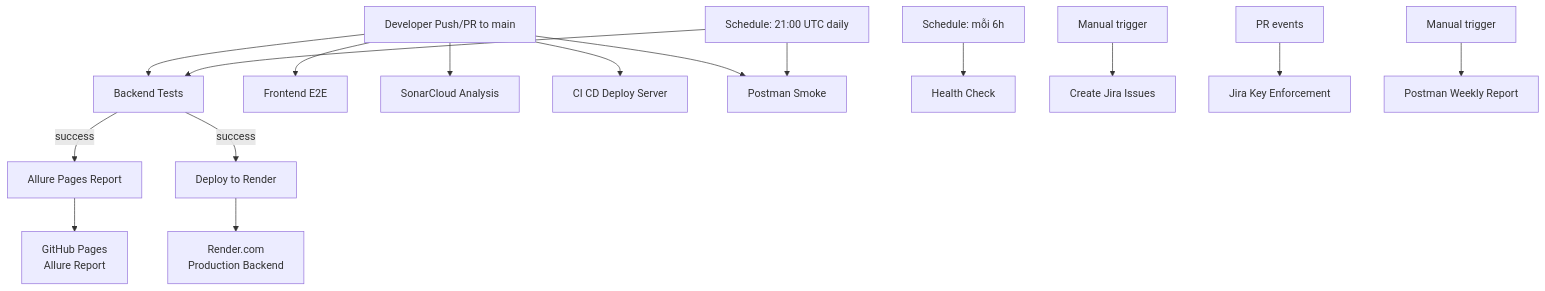
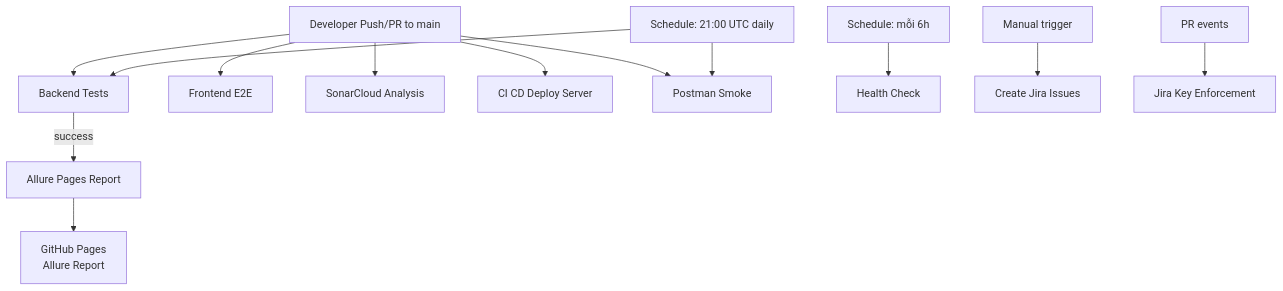
Before and after one commit to chi-trung/KCPM: the diagram in docs/CI_CD_WORKFLOWS.md, drawn with Mermaid. The commit also changed other lines of this file and 13 other files, not shown here.

````diff
--- a/docs/CI_CD_WORKFLOWS.md
+++ b/docs/CI_CD_WORKFLOWS.md
@@ -12,22 +12,19 @@
 ```mermaid
 graph TD
     A[Developer Push/PR to main] --> B[Backend Tests]
     A --> C[Frontend E2E]
     A --> D[SonarCloud Analysis]
     A --> E[CI CD Deploy Server]
     A --> F[Postman Smoke]
     
     B -->|success| G[Allure Pages Report]
-    B -->|success| H[Deploy to Render]
     
     G --> I[GitHub Pages<br>Allure Report]
-    H --> J[Render.com<br>Production Backend]
     
     K[Schedule: mỗi 6h] --> L[Health Check]
     M[Schedule: 21:00 UTC daily] --> B
     M --> F
 
     N[Manual trigger] --> O[Create Jira Issues]
     P[PR events] --> Q[Jira Key Enforcement]
-    R[Manual trigger] --> S[Postman Weekly Report]
 ```
````
